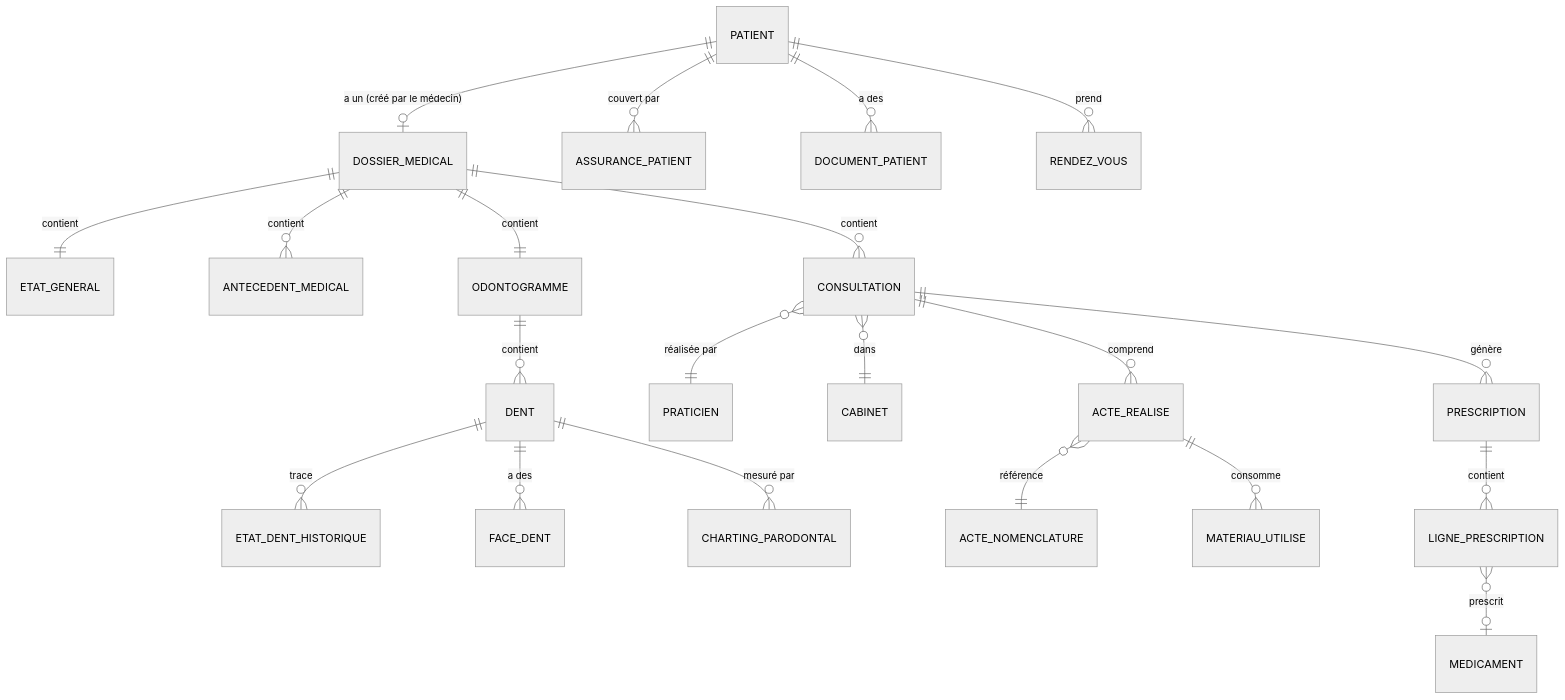
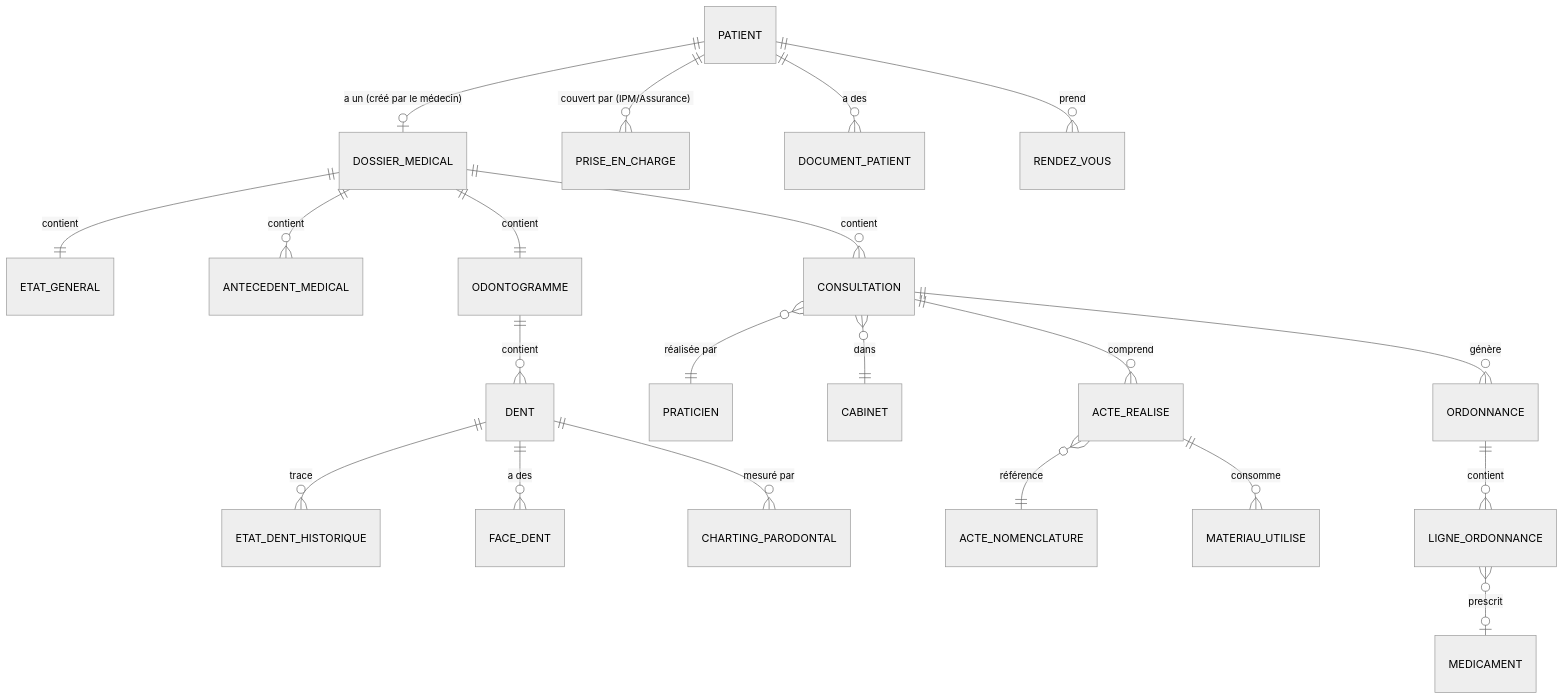
One commit to DonArhouna/SysDent changed the second of 5 diagrams in Analyse/docs/modelisation_mcd.md. Above: the diagram before and after it, drawn with Mermaid (neutral theme). The commit also changed 3 other files, not shown here.

Commit message:
Add patient ID fields, rename Assurances to Prises en Charge, and define Ordonnances

````diff
--- a/Analyse/docs/modelisation_mcd.md
+++ b/Analyse/docs/modelisation_mcd.md
@@ -29,28 +29,28 @@
 ```mermaid
 erDiagram
     PATIENT ||--o| DOSSIER_MEDICAL : "a un (créé par le médecin)"
     DOSSIER_MEDICAL ||--|| ETAT_GENERAL : "contient"
     DOSSIER_MEDICAL ||--o{ ANTECEDENT_MEDICAL : "contient"
     DOSSIER_MEDICAL ||--|| ODONTOGRAMME : "contient"
     DOSSIER_MEDICAL ||--o{ CONSULTATION : "contient"
 
-    PATIENT ||--o{ ASSURANCE_PATIENT : "couvert par"
+    PATIENT ||--o{ PRISE_EN_CHARGE : "couvert par (IPM/Assurance)"
     PATIENT ||--o{ DOCUMENT_PATIENT : "a des"
     PATIENT ||--o{ RENDEZ_VOUS : "prend"
 
     CONSULTATION }o--|| PRATICIEN : "réalisée par"
     CONSULTATION }o--|| CABINET : "dans"
     CONSULTATION ||--o{ ACTE_REALISE : "comprend"
-    CONSULTATION ||--o{ PRESCRIPTION : "génère"
+    CONSULTATION ||--o{ ORDONNANCE : "génère"
 
     ODONTOGRAMME ||--o{ DENT : "contient"
     DENT ||--o{ ETAT_DENT_HISTORIQUE : "trace"
     DENT ||--o{ FACE_DENT : "a des"
     DENT ||--o{ CHARTING_PARODONTAL : "mesuré par"
 
     ACTE_REALISE }o--|| ACTE_NOMENCLATURE : "référence"
     ACTE_REALISE ||--o{ MATERIAU_UTILISE : "consomme"
 
-    PRESCRIPTION ||--o{ LIGNE_PRESCRIPTION : "contient"
-    LIGNE_PRESCRIPTION }o--o| MEDICAMENT : "prescrit"
+    ORDONNANCE ||--o{ LIGNE_ORDONNANCE : "contient"
+    LIGNE_ORDONNANCE }o--o| MEDICAMENT : "prescrit"
 ```
````
